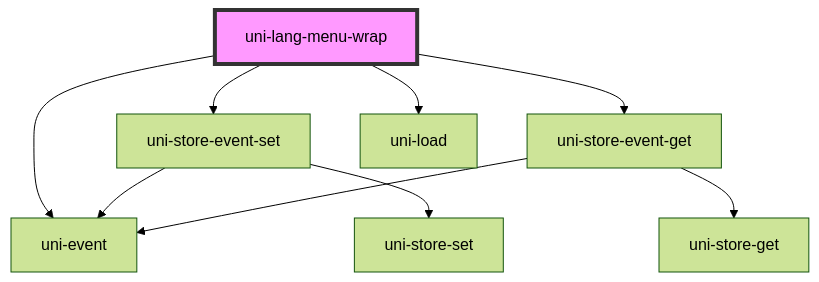
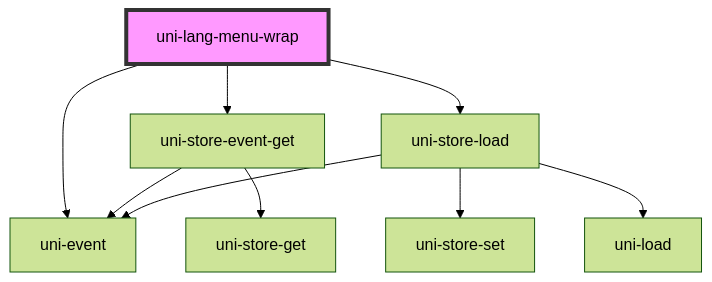
One commit to uiregex/uni-localize changed the diagram in src/lang-menu/components/wrap/readme.md. Above: the diagram before and after it, drawn with Mermaid (forest theme). The commit also changed other lines of this file and 5 other files, not shown here.

Commit message:
improve: lang menu

````diff
--- a/src/lang-menu/components/wrap/readme.md
+++ b/src/lang-menu/components/wrap/readme.md
@@ -29,12 +28,12 @@
 ```mermaid
 graph TD;
   uni-lang-menu-wrap --> uni-event
-  uni-lang-menu-wrap --> uni-store-event-set
   uni-lang-menu-wrap --> uni-store-event-get
-  uni-lang-menu-wrap --> uni-load
-  uni-store-event-set --> uni-event
-  uni-store-event-set --> uni-store-set
+  uni-lang-menu-wrap --> uni-store-load
   uni-store-event-get --> uni-event
   uni-store-event-get --> uni-store-get
+  uni-store-load --> uni-event
+  uni-store-load --> uni-store-set
+  uni-store-load --> uni-load
   style uni-lang-menu-wrap fill:#f9f,stroke:#333,stroke-width:4px
 ```
````
